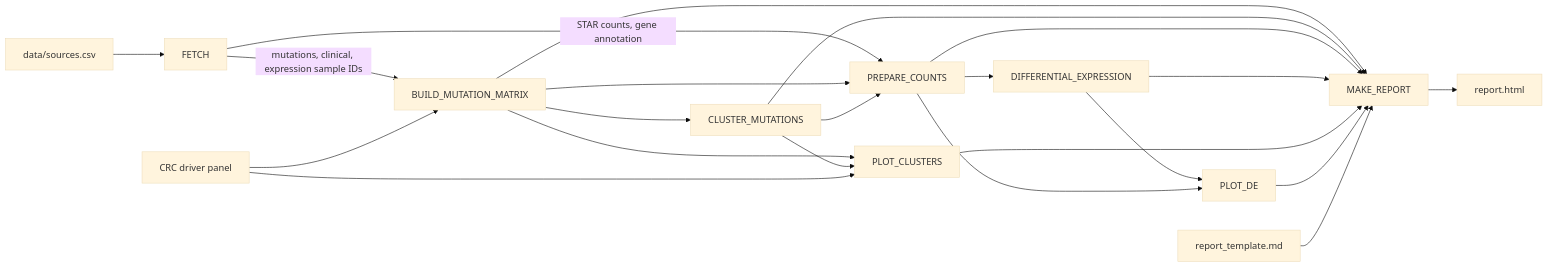
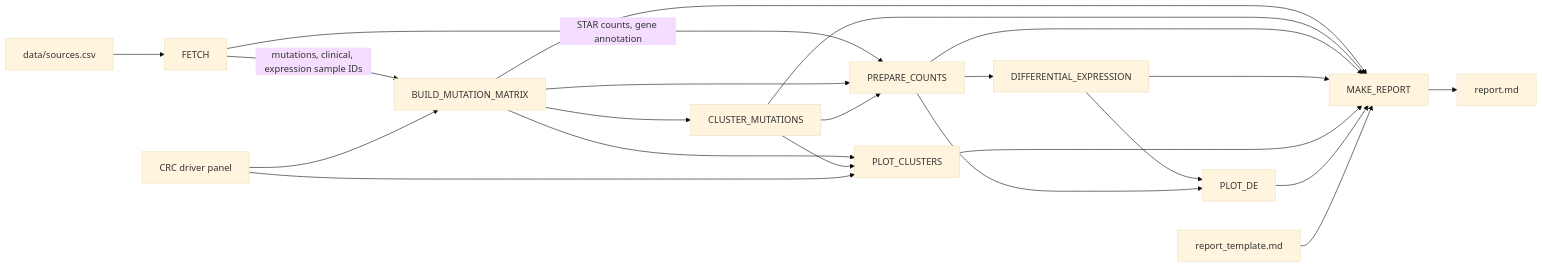
The diagram in readme.md (ghazalfa/crc_analysis), drawn with Mermaid (base theme) before and after one commit. The commit also changed other lines of this file and 20 other files, not shown here.

````diff
--- a/readme.md
+++ b/readme.md
@@ -48,24 +48,24 @@
 ```mermaid
 flowchart LR
     S[data/sources.csv] --> F[FETCH]
     F -->|mutations, clinical, expression sample IDs| B[BUILD_MUTATION_MATRIX]
     P[CRC driver panel] --> B
     B --> C[CLUSTER_MUTATIONS]
     B --> PC[PLOT_CLUSTERS]
     C --> PC
     P --> PC
     F -->|STAR counts, gene annotation| R[PREPARE_COUNTS]
     B --> R
     C --> R
     R --> D[DIFFERENTIAL_EXPRESSION]
     D --> PD[PLOT_DE]
     R --> PD
     B --> M[MAKE_REPORT]
     C --> M
     R --> M
     D --> M
     PC --> M
     PD --> M
     T[report_template.md] --> M
-    M --> H[report.html]
+    M --> H[report.md]
 ```
````
